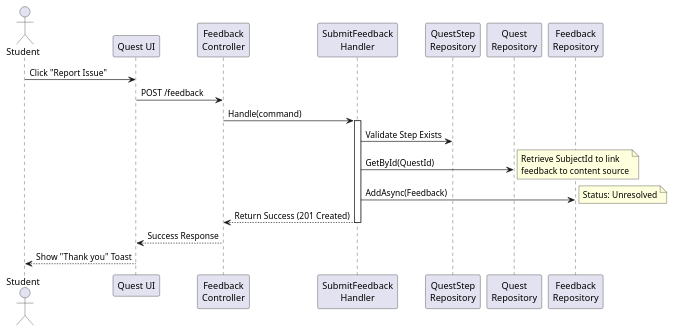
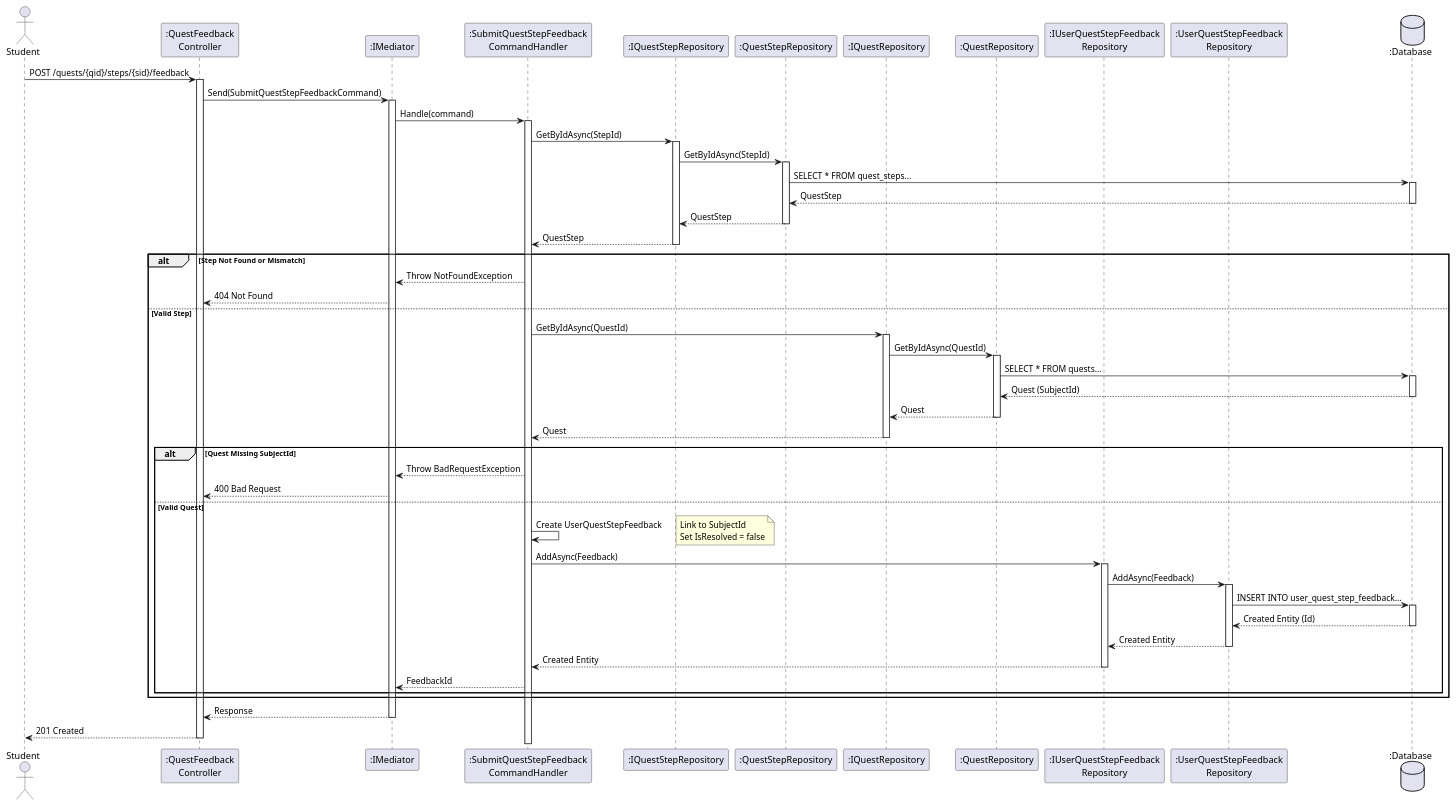
The diagram in docs/srs/diagrams/sequence-diagram/feedback-system/submit-feedback-seq.puml (FA25SE050-RogueLearn/RogueLearn.BMAD.Documentation), drawn with PlantUML before and after one commit. The commit also changed other lines of this file and 35 other files, not shown here.

Commit message:
add/change: sequence diagrams

```diff
--- a/docs/srs/diagrams/sequence-diagram/feedback-system/submit-feedback-seq.puml
+++ b/docs/srs/diagrams/sequence-diagram/feedback-system/submit-feedback-seq.puml
@@ -2,33 +1,89 @@
 @startuml
 actor Student
-participant "Quest UI" as UI
-participant "Feedback\nController" as Controller
-participant "SubmitFeedback\nHandler" as Handler
-participant "QuestStep\nRepository" as StepDB
-participant "Quest\nRepository" as QuestDB
-participant "Feedback\nRepository" as FeedbackDB
+participant ":QuestFeedback\nController" as Controller
+participant ":IMediator" as Med
+participant ":SubmitQuestStepFeedback\nCommandHandler" as Handler
+participant ":IQuestStepRepository" as IStepRepo
+participant ":QuestStepRepository" as StepRepo
+participant ":IQuestRepository" as IQuestRepo
+participant ":QuestRepository" as QuestRepo
+participant ":IUserQuestStepFeedback\nRepository" as IFeedbackRepo
+participant ":UserQuestStepFeedback\nRepository" as FeedbackRepo
+database ":Database" as DB
 
-Student -> UI : Click "Report Issue"
-UI -> Controller : POST /feedback
-Controller -> Handler : Handle(command)
+Student -> Controller : POST /quests/{qid}/steps/{sid}/feedback
+activate Controller
 
+Controller -> Med : Send(SubmitQuestStepFeedbackCommand)
+activate Med
+
+Med -> Handler : Handle(command)
 activate Handler
-    Handler -> StepDB : Validate Step Exists
-    
-    Handler -> QuestDB : GetById(QuestId)
-    note right
-        Retrieve SubjectId to link
-        feedback to content source
-    end note
-    
-    Handler -> FeedbackDB : AddAsync(Feedback)
-    note right
-        Status: Unresolved
-    end note
-    
-    Handler --> Controller : Return Success (201 Created)
-deactivate Handler
 
-Controller --> UI : Success Response
-UI --> Student : Show "Thank you" Toast
+' 1. Validate Step Exists
+Handler -> IStepRepo : GetByIdAsync(StepId)
+activate IStepRepo
+IStepRepo -> StepRepo : GetByIdAsync(StepId)
+activate StepRepo
+StepRepo -> DB : SELECT * FROM quest_steps...
+activate DB
+DB --> StepRepo : QuestStep
+deactivate DB
+StepRepo --> IStepRepo : QuestStep
+deactivate StepRepo
+IStepRepo --> Handler : QuestStep
+deactivate IStepRepo
+
+alt Step Not Found or Mismatch
+    Handler --> Med : Throw NotFoundException
+    Med --> Controller : 404 Not Found
+else Valid Step
+    ' 2. Fetch Quest to get SubjectId (Critical for Analytics)
+    Handler -> IQuestRepo : GetByIdAsync(QuestId)
+    activate IQuestRepo
+    IQuestRepo -> QuestRepo : GetByIdAsync(QuestId)
+    activate QuestRepo
+    QuestRepo -> DB : SELECT * FROM quests...
+    activate DB
+    DB --> QuestRepo : Quest (SubjectId)
+    deactivate DB
+    QuestRepo --> IQuestRepo : Quest
+    deactivate QuestRepo
+    IQuestRepo --> Handler : Quest
+    deactivate IQuestRepo
+
+    alt Quest Missing SubjectId
+        Handler --> Med : Throw BadRequestException
+        Med --> Controller : 400 Bad Request
+    else Valid Quest
+        ' 3. Create Feedback Entity
+        Handler -> Handler : Create UserQuestStepFeedback
+        note right
+            Link to SubjectId
+            Set IsResolved = false
+        end note
+
+        ' 4. Persist
+        Handler -> IFeedbackRepo : AddAsync(Feedback)
+        activate IFeedbackRepo
+        IFeedbackRepo -> FeedbackRepo : AddAsync(Feedback)
+        activate FeedbackRepo
+        FeedbackRepo -> DB : INSERT INTO user_quest_step_feedback...
+        activate DB
+        DB --> FeedbackRepo : Created Entity (Id)
+        deactivate DB
+        FeedbackRepo --> IFeedbackRepo : Created Entity
+        deactivate FeedbackRepo
+        IFeedbackRepo --> Handler : Created Entity
+        deactivate IFeedbackRepo
+        
+        Handler --> Med : FeedbackId
+    end
+end
+
+Med --> Controller : Response
+deactivate Med
+
+Controller --> Student : 201 Created
+deactivate Controller
 @enduml
```
